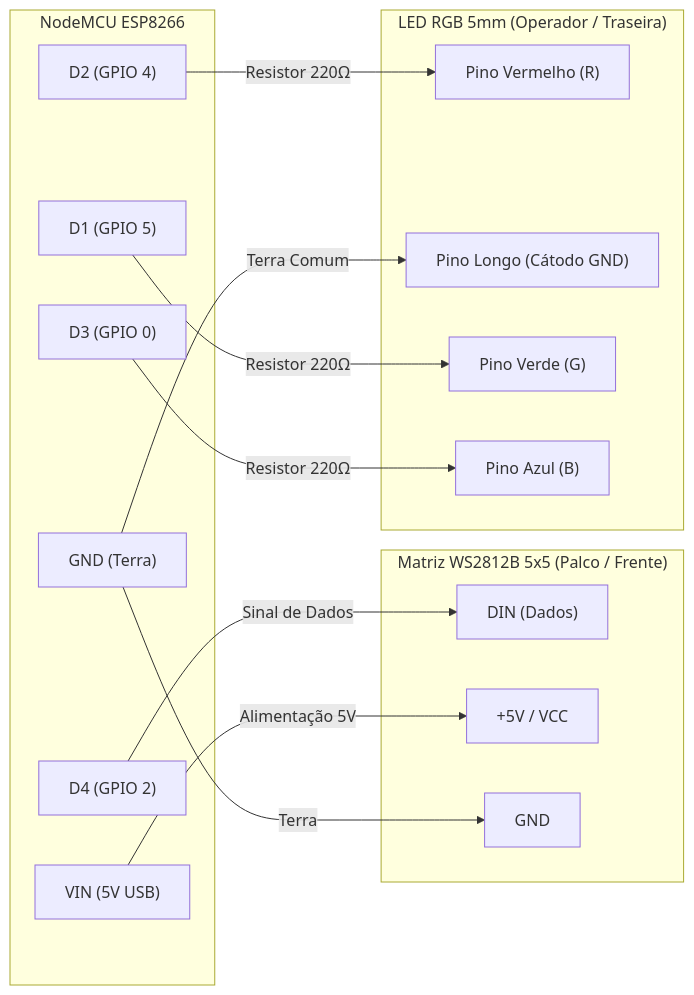
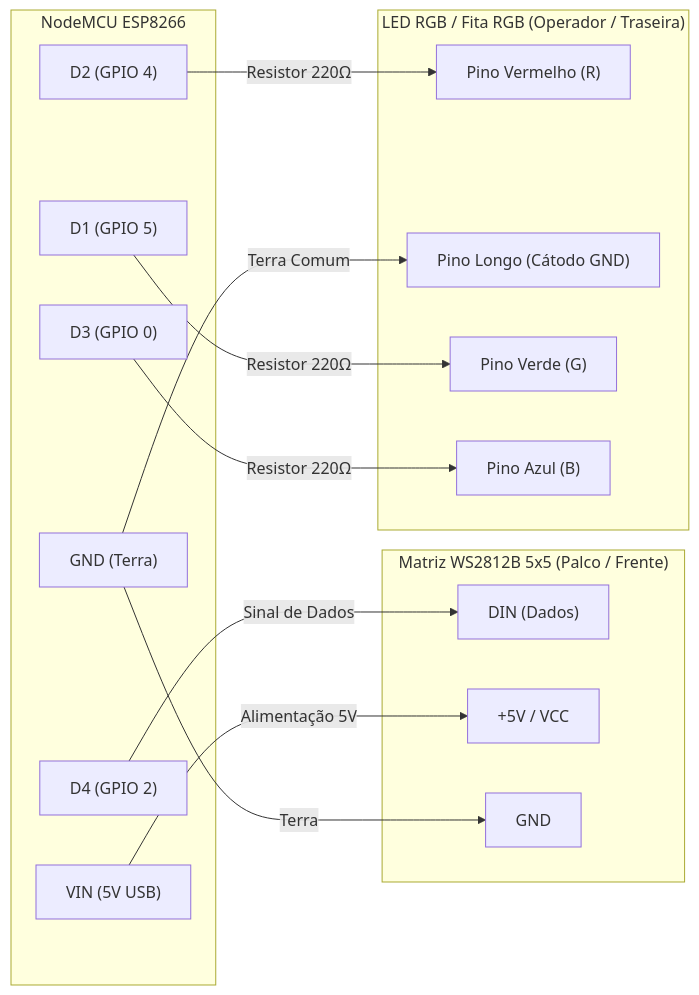
Before and after one commit to lelobalbinotti/tally-light: the diagram in README.md, drawn with Mermaid. The commit also changed other lines of this file, not shown here.

Commit message:
docs: generalizar mencoes de LED para LED RGB e fita de LED RGB

````diff
--- a/README.md
+++ b/README.md
@@ -57,33 +57,33 @@
 ```mermaid
 graph LR
     subgraph MCU["NodeMCU ESP8266"]
         D4["D4 (GPIO 2)"]
         D1["D1 (GPIO 5)"]
         D2["D2 (GPIO 4)"]
         D3["D3 (GPIO 0)"]
         VIN["VIN (5V USB)"]
         GND["GND (Terra)"]
     end
 
     subgraph Matrix["Matriz WS2812B 5x5 (Palco / Frente)"]
         M_DIN["DIN (Dados)"]
         M_VCC["+5V / VCC"]
         M_GND["GND"]
     end
 
-    subgraph RGB["LED RGB 5mm (Operador / Traseira)"]
+    subgraph RGB["LED RGB / Fita RGB (Operador / Traseira)"]
         L_RED["Pino Vermelho (R)"]
         L_COM["Pino Longo (Cátodo GND)"]
         L_GRN["Pino Verde (G)"]
         L_BLU["Pino Azul (B)"]
     end
 
     D4 -->|Sinal de Dados| M_DIN
     VIN -->|Alimentação 5V| M_VCC
     GND -->|Terra| M_GND
 
     D2 -->|Resistor 220Ω| L_RED
     GND -->|Terra Comum| L_COM
     D1 -->|Resistor 220Ω| L_GRN
     D3 -->|Resistor 220Ω| L_BLU
 ```
````
